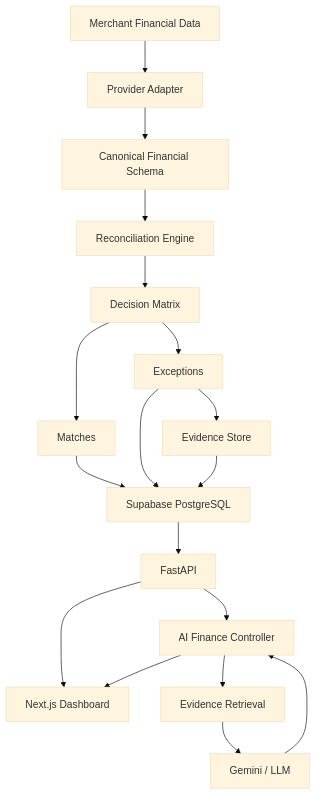
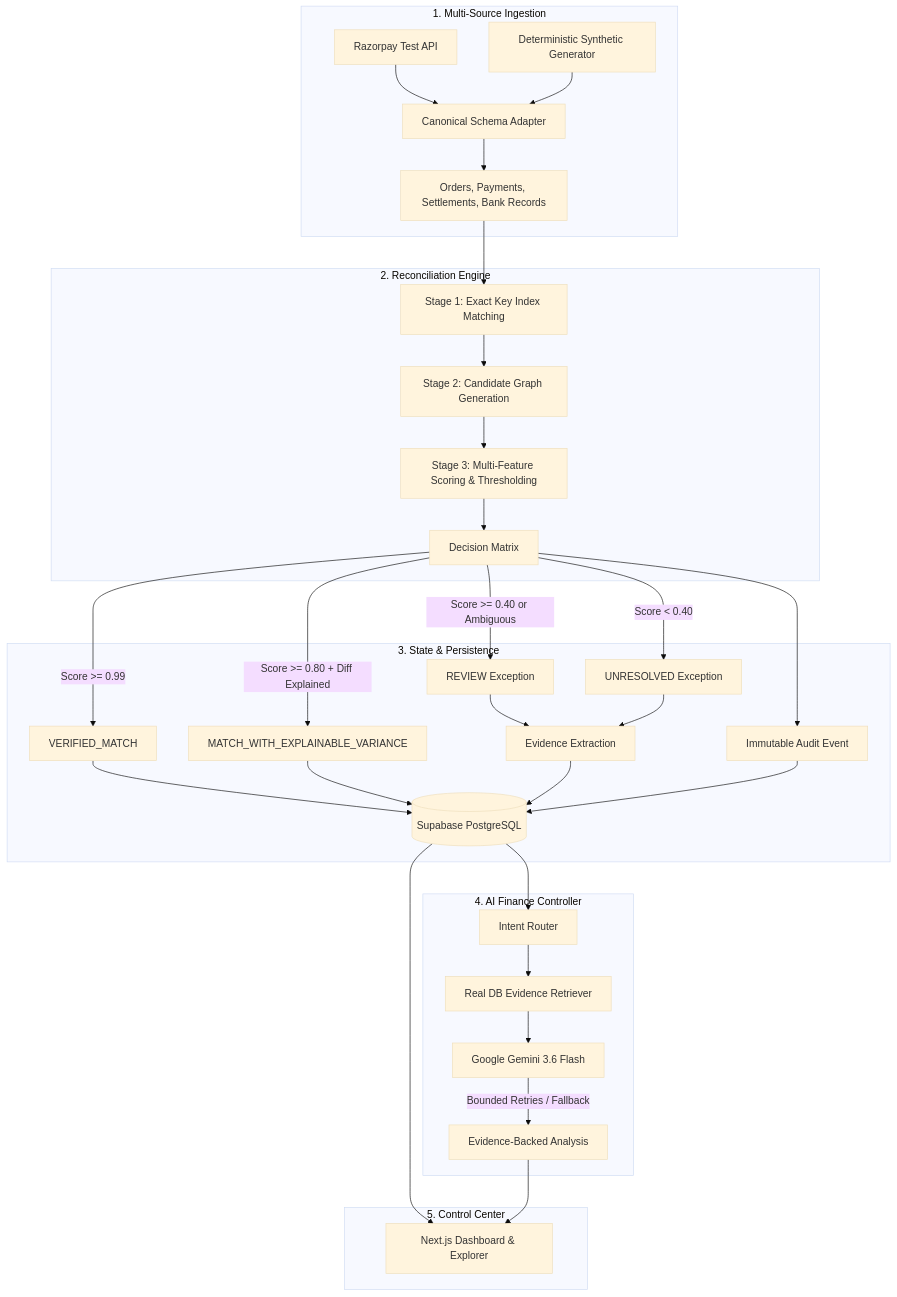
Before and after one commit to Kishan-shah12/AI-Finance-Controller: the diagram in README.md, drawn with Mermaid (base theme). The commit also changed other lines of this file and 15 other files, not shown here.

````diff
--- a/README.md
+++ b/README.md
@@ -23,23 +21,37 @@
 ```mermaid
 flowchart TD
-    A[Merchant Financial Data] --> B[Provider Adapter]
-    B --> C[Canonical Financial Schema]
-    C --> D[Reconciliation Engine]
-    D --> E[Decision Matrix]
-    E --> F[Matches]
-    E --> G[Exceptions]
-    G --> H[Evidence Store]
+    subgraph Ingestion["1. Multi-Source Ingestion"]
+        A1[Razorpay Test API] --> B[Canonical Schema Adapter]
+        A2[Deterministic Synthetic Generator] --> B
+        B --> C[Orders, Payments, Settlements, Bank Records]
+    end
 
-    F --> I[Supabase PostgreSQL]
-    G --> I
-    H --> I
+    subgraph CoreEngine["2. Reconciliation Engine"]
+        C --> D1[Stage 1: Exact Key Index Matching]
+        D1 --> D2[Stage 2: Candidate Graph Generation]
+        D2 --> D3[Stage 3: Multi-Feature Scoring & Thresholding]
+        D3 --> E[Decision Matrix]
+    end
 
-    I --> J[FastAPI]
-    J --> K[Next.js Dashboard]
+    subgraph Outcomes["3. State & Persistence"]
+        E -->|Score >= 0.99| F[VERIFIED_MATCH]
+        E -->|Score >= 0.80 + Diff Explained| G[MATCH_WITH_EXPLAINABLE_VARIANCE]
+        E -->|Score >= 0.40 or Ambiguous| H[REVIEW Exception]
+        E -->|Score < 0.40| I[UNRESOLVED Exception]
+        
+        F & G --> J[(Supabase PostgreSQL)]
+        H & I --> K[Evidence Extraction] --> J
+        E --> L[Immutable Audit Event] --> J
+    end
 
-    J --> L[AI Finance Controller]
-    L --> M[Evidence Retrieval]
-    M --> N[Gemini / LLM]
-    N --> L
-    L --> K
+    subgraph AIControl["4. AI Finance Controller"]
+        J --> M[Intent Router]
+        M --> N[Real DB Evidence Retriever]
+        N --> O[Google Gemini 3.6 Flash]
+        O -->|Bounded Retries / Fallback| P[Evidence-Backed Analysis]
+    end
+
+    subgraph Presentation["5. Control Center"]
+        J & P --> Q[Next.js Dashboard & Explorer]
+    end
 ```
````
